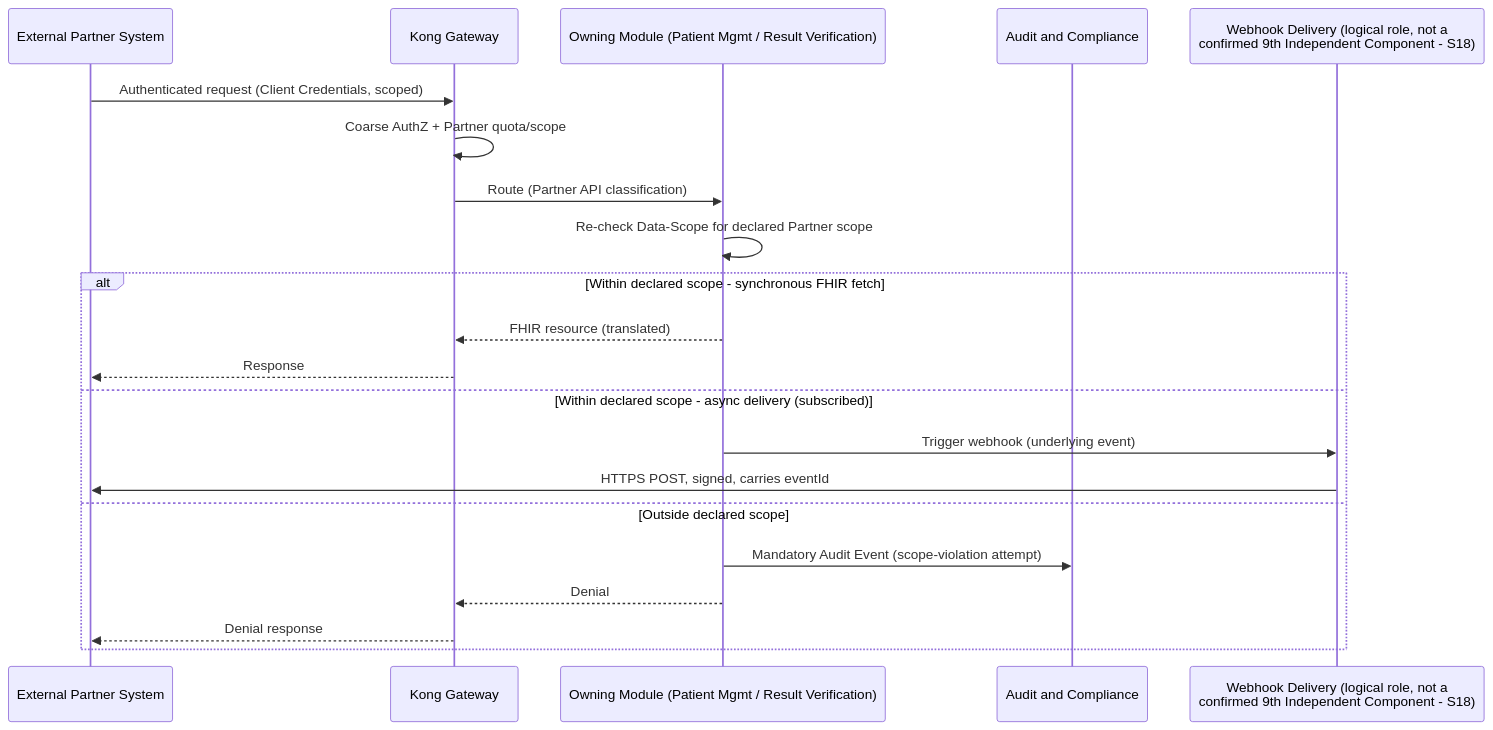
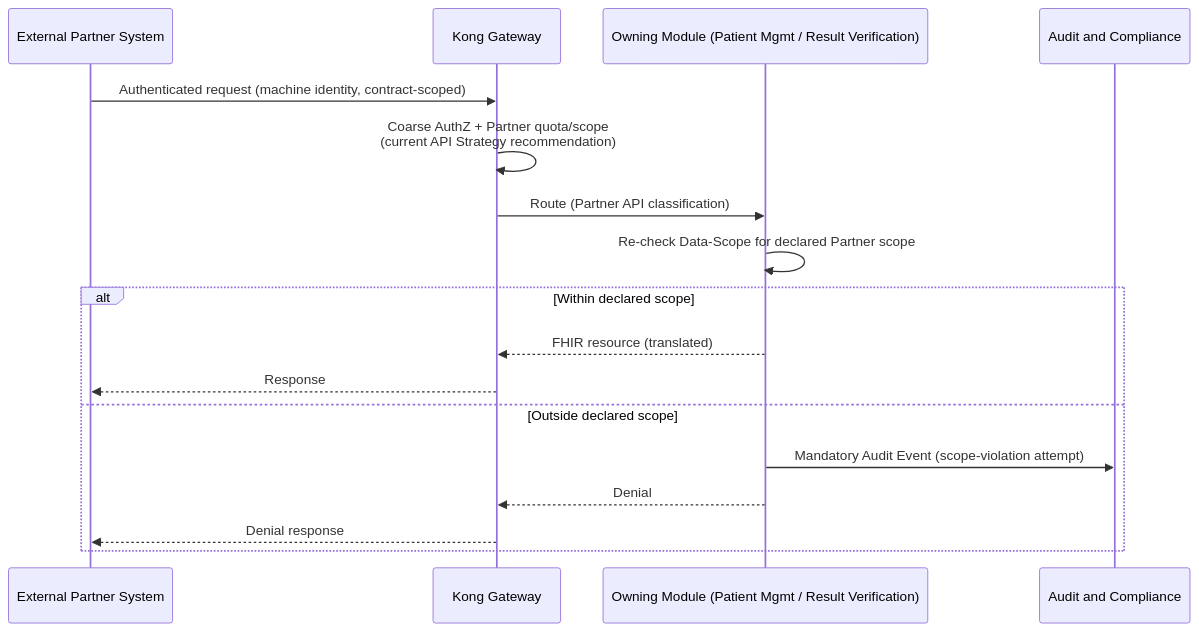
Diagram 12 of 14 in docs/sad/05-runtime-view.md (Darhous/test-m3ml), drawn with Mermaid before and after one commit. The commit also changed other lines of this file, not shown here.

````diff
--- a/docs/sad/05-runtime-view.md
+++ b/docs/sad/05-runtime-view.md
@@ -624,24 +628,20 @@
 ```mermaid
 sequenceDiagram
     participant Partner as External Partner System
     participant GW as Kong Gateway
     participant Mod as Owning Module (Patient Mgmt / Result Verification)
     participant AC as Audit and Compliance
-    participant Wh as Webhook Delivery (logical role, not a<br/>confirmed 9th Independent Component - S18)
 
-    Partner->>GW: Authenticated request (Client Credentials, scoped)
-    GW->>GW: Coarse AuthZ + Partner quota/scope
+    Partner->>GW: Authenticated request (machine identity, contract-scoped)
+    GW->>GW: Coarse AuthZ + Partner quota/scope<br/>(current API Strategy recommendation)
     GW->>Mod: Route (Partner API classification)
     Mod->>Mod: Re-check Data-Scope for declared Partner scope
-    alt Within declared scope - synchronous FHIR fetch
+    alt Within declared scope
         Mod-->>GW: FHIR resource (translated)
         GW-->>Partner: Response
-    else Within declared scope - async delivery (subscribed)
-        Mod->>Wh: Trigger webhook (underlying event)
-        Wh->>Partner: HTTPS POST, signed, carries eventId
     else Outside declared scope
         Mod->>AC: Mandatory Audit Event (scope-violation attempt)
         Mod-->>GW: Denial
         GW-->>Partner: Denial response
     end
 ```
````
